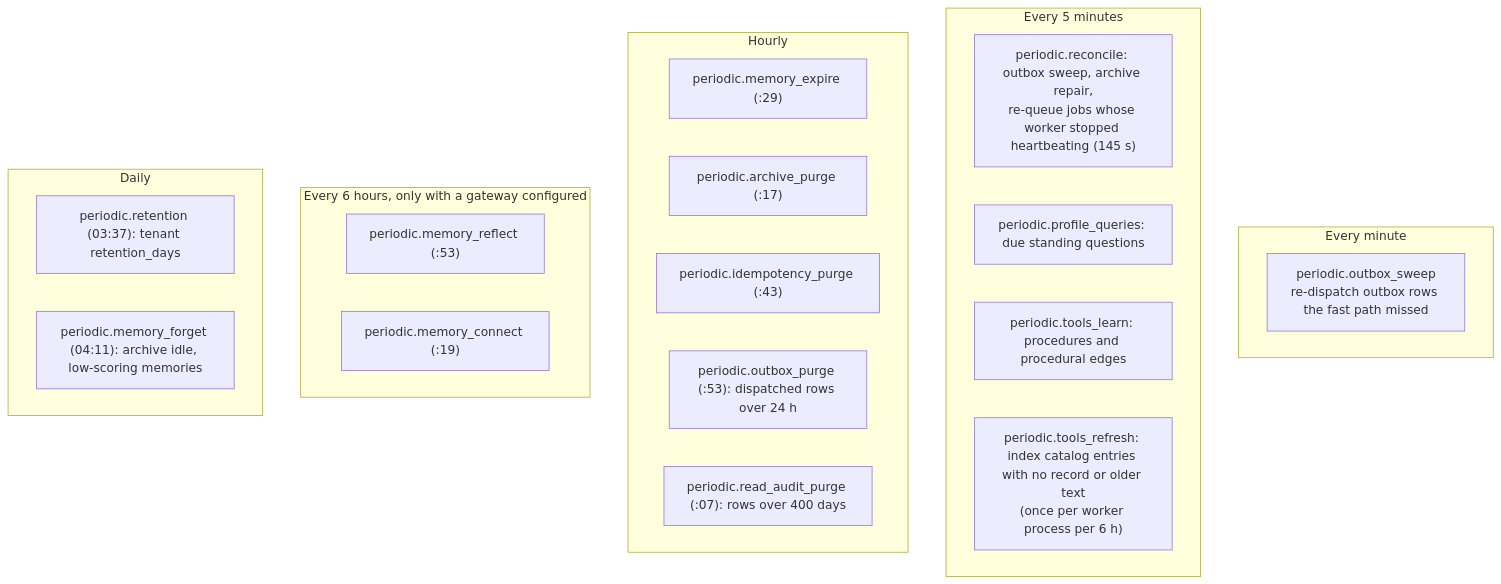
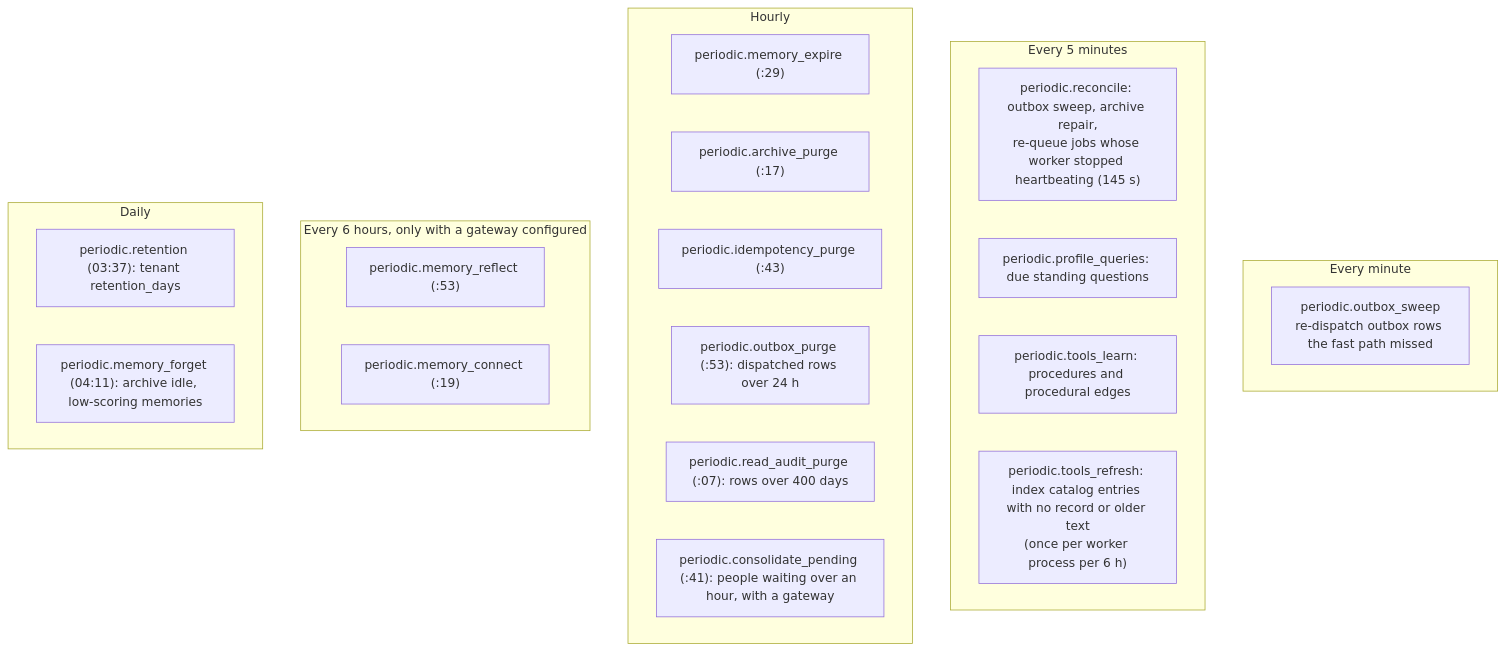
Before and after one commit to amitmohapatra/agent-memory-service: the second of 2 diagrams in docs/guide/11-operations.md, drawn with Mermaid. The commit also changed other lines of this file and 33 other files, not shown here.

````diff
--- a/docs/guide/11-operations.md
+++ b/docs/guide/11-operations.md
@@ -208,27 +210,28 @@
 ```mermaid
 flowchart TB
   subgraph minute[Every minute]
     OS["periodic.outbox_sweep<br/>re-dispatch outbox rows the fast path missed"]
   end
   subgraph five[Every 5 minutes]
     RC["periodic.reconcile: outbox sweep, archive repair,<br/>re-queue jobs whose worker stopped heartbeating (145 s)"]
     PQ["periodic.profile_queries: due standing questions"]
     TL["periodic.tools_learn: procedures and procedural edges"]
     TR["periodic.tools_refresh: index catalog entries with no record or older text<br/>(once per worker process per 6 h)"]
   end
   subgraph hourly[Hourly]
     EX["periodic.memory_expire (:29)"]
     AP["periodic.archive_purge (:17)"]
     IP["periodic.idempotency_purge (:43)"]
     OP["periodic.outbox_purge (:53): dispatched rows over 24 h"]
     RA["periodic.read_audit_purge (:07): rows over 400 days"]
+    CP["periodic.consolidate_pending (:41): people waiting over an hour, with a gateway"]
   end
   subgraph six[Every 6 hours, only with a gateway configured]
     RF["periodic.memory_reflect (:53)"]
     CN["periodic.memory_connect (:19)"]
   end
   subgraph daily[Daily]
     RT["periodic.retention (03:37): tenant retention_days"]
     FG["periodic.memory_forget (04:11): archive idle, low-scoring memories"]
   end
 ```
````
